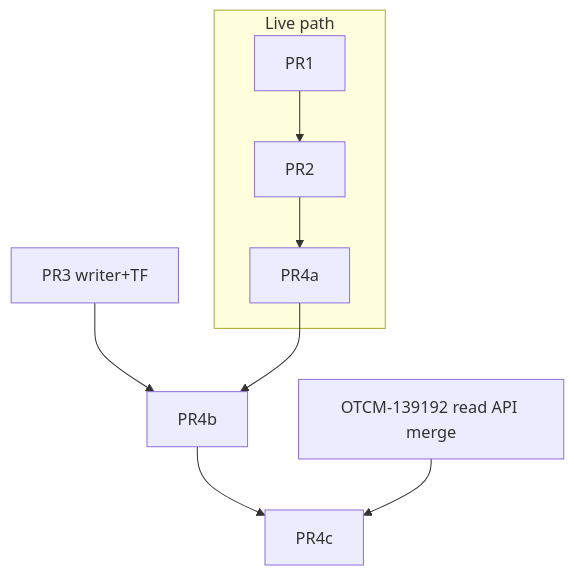
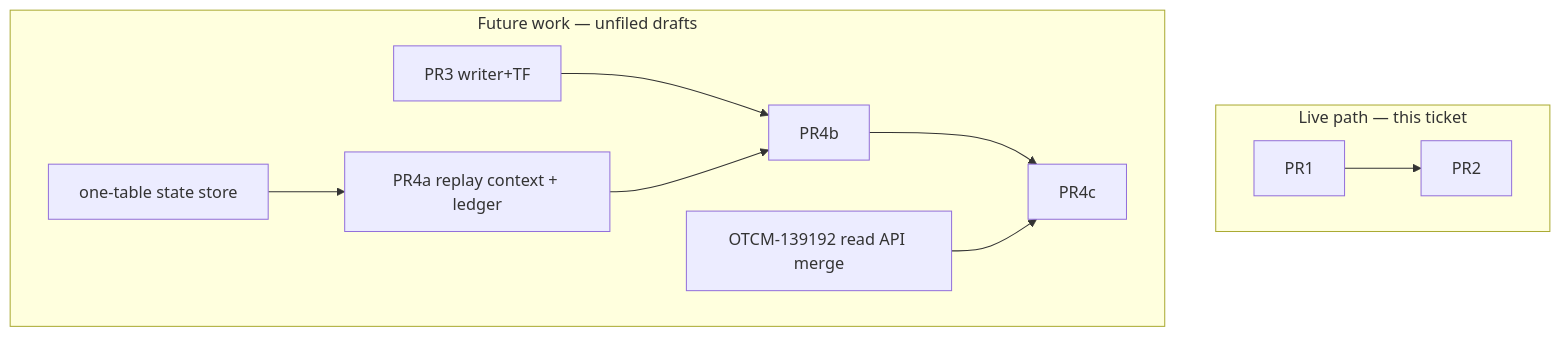
Before and after one commit to lmiguelmh-ioet/work-notes: the diagram in projects.WMS-I-1005.OTCM-138123.plan.md, drawn with Mermaid. The commit also changed other lines of this file and 8 other files, not shown here.

````diff
--- a/projects.WMS-I-1005.OTCM-138123.plan.md
+++ b/projects.WMS-I-1005.OTCM-138123.plan.md
@@ -115,9 +138,12 @@
 ```mermaid
 flowchart TD
- subgraph stack1 [Live path]
-  PR1 --> PR2 --> PR4a
+ subgraph stack1 [Live path — this ticket]
+  PR1 --> PR2
  end
- PR3[PR3 writer+TF] --> PR4b
- PR4a --> PR4b --> PR4c
- READAPI[OTCM-139192 read API merge] --> PR4c
+ subgraph followup [Future work — unfiled drafts]
+  TABLE[one-table state store] --> PR4A[PR4a replay context + ledger]
+  PR3[PR3 writer+TF] --> PR4b
+  PR4A --> PR4b --> PR4c
+  READAPI[OTCM-139192 read API merge] --> PR4c
+ end
 ```
````
